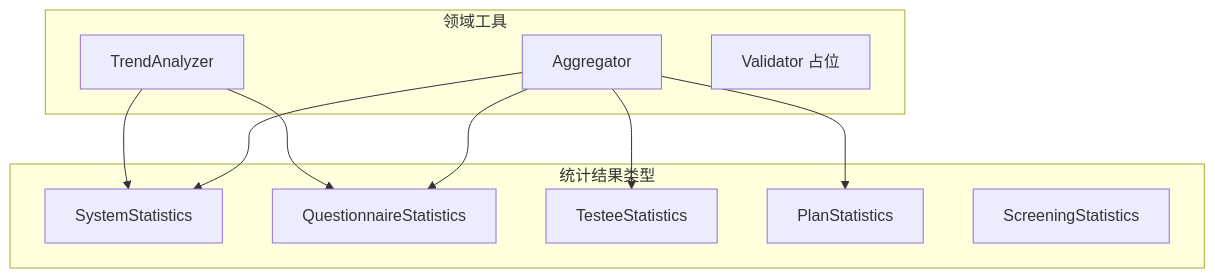
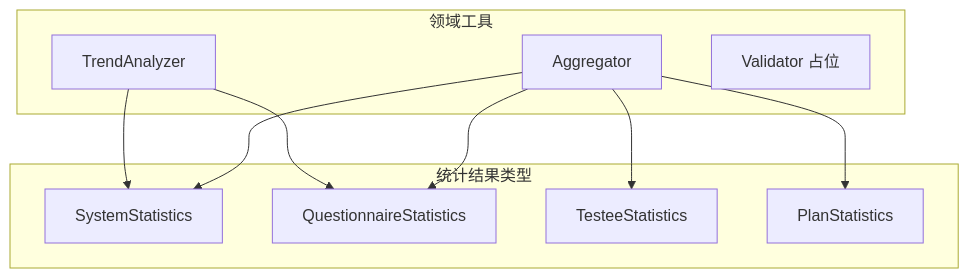
Before and after one commit to FangcunMount/qs-server: the third of 5 diagrams in docs/02-业务模块/06-statistics.md, drawn with Mermaid. The commit also changed other lines of this file and 47 other files, not shown here.

````diff
--- a/docs/02-业务模块/06-statistics.md
+++ b/docs/02-业务模块/06-statistics.md
@@ -175,23 +174,22 @@
 ```mermaid
 flowchart TB
     subgraph RESULT[统计结果类型]
         SYS[SystemStatistics]
         Q[QuestionnaireStatistics]
         T[TesteeStatistics]
         P[PlanStatistics]
-        SCR[ScreeningStatistics]
     end
 
     subgraph HELP[领域工具]
         AGG[Aggregator]
         TR[TrendAnalyzer]
         VAL[Validator 占位]
     end
 
     AGG --> SYS
     AGG --> Q
     AGG --> T
     AGG --> P
     TR --> SYS
     TR --> Q
 ```
````
